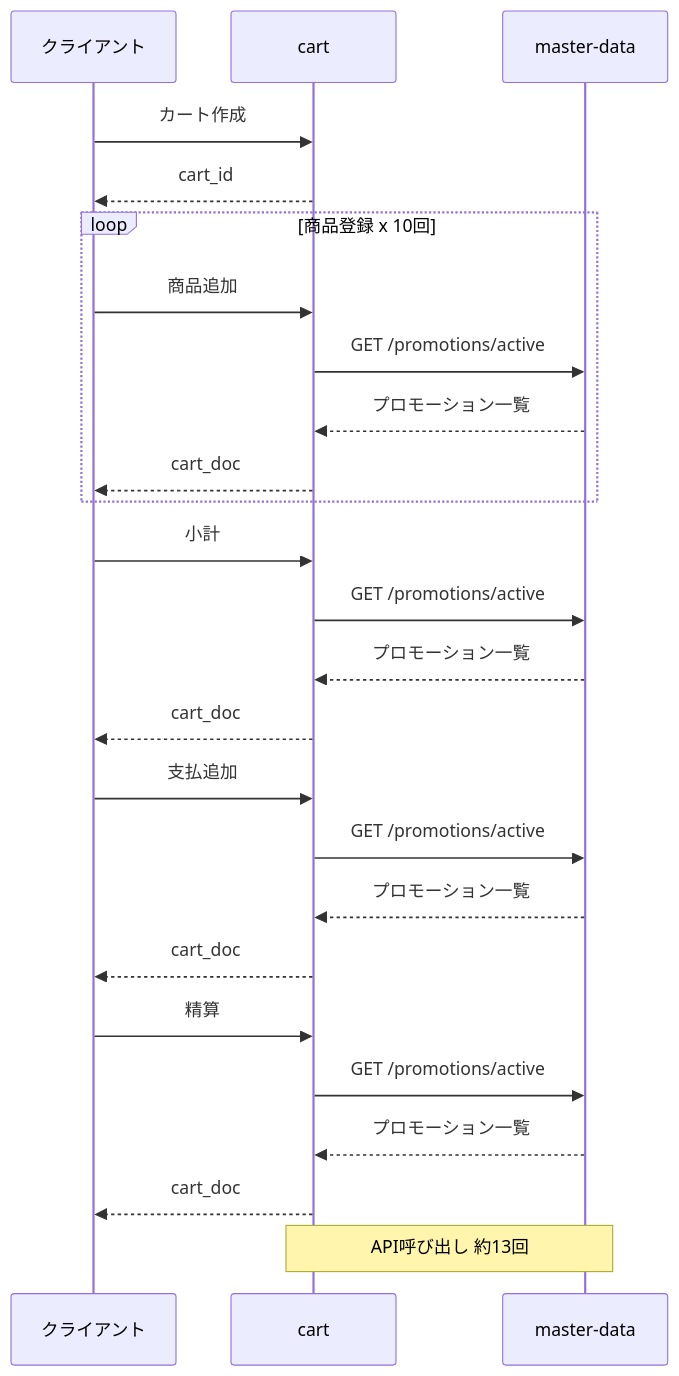
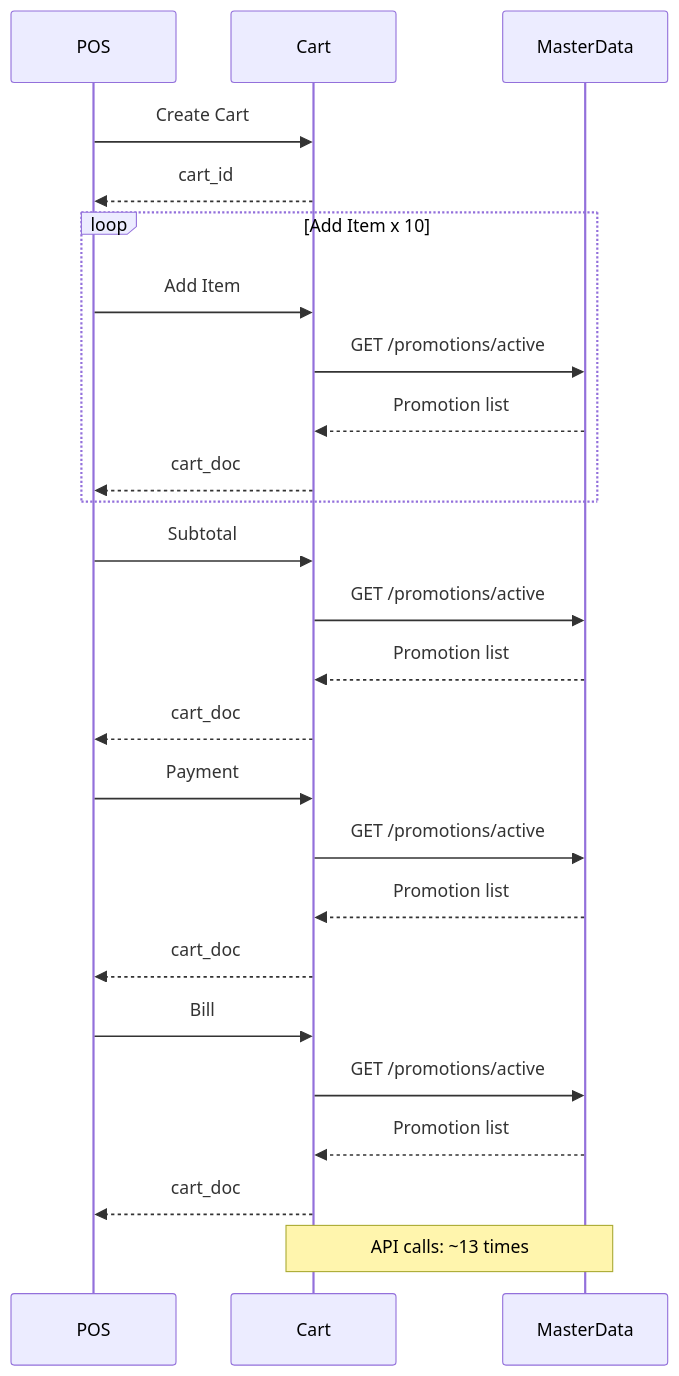
One commit to kugel-masa/kugelpos-backend changed the fifth of 6 diagrams in specs/71-promotion-cache/sequence-comparison.md. Above: the diagram before and after it, drawn with Mermaid. The commit also changed other lines of this file and 1 other file, not shown here.

Commit message:
docs: Add proposal document and translate sequence diagrams to English (#71)

````diff
--- a/specs/71-promotion-cache/sequence-comparison.md
+++ b/specs/71-promotion-cache/sequence-comparison.md
@@ -101,33 +101,33 @@
 ```mermaid
 sequenceDiagram
-    participant Client as クライアント
-    participant Cart as cart
-    participant MD as master-data
+    participant POS
+    participant Cart
+    participant MasterData
 
-    Client->>Cart: カート作成
-    Cart-->>Client: cart_id
+    POS->>Cart: Create Cart
+    Cart-->>POS: cart_id
 
-    loop 商品登録 x 10回
-        Client->>Cart: 商品追加
-        Cart->>MD: GET /promotions/active
-        MD-->>Cart: プロモーション一覧
-        Cart-->>Client: cart_doc
+    loop Add Item x 10
+        POS->>Cart: Add Item
+        Cart->>MasterData: GET /promotions/active
+        MasterData-->>Cart: Promotion list
+        Cart-->>POS: cart_doc
     end
 
-    Client->>Cart: 小計
-    Cart->>MD: GET /promotions/active
-    MD-->>Cart: プロモーション一覧
-    Cart-->>Client: cart_doc
+    POS->>Cart: Subtotal
+    Cart->>MasterData: GET /promotions/active
+    MasterData-->>Cart: Promotion list
+    Cart-->>POS: cart_doc
 
-    Client->>Cart: 支払追加
-    Cart->>MD: GET /promotions/active
-    MD-->>Cart: プロモーション一覧
-    Cart-->>Client: cart_doc
+    POS->>Cart: Payment
+    Cart->>MasterData: GET /promotions/active
+    MasterData-->>Cart: Promotion list
+    Cart-->>POS: cart_doc
 
-    Client->>Cart: 精算
-    Cart->>MD: GET /promotions/active
-    MD-->>Cart: プロモーション一覧
-    Cart-->>Client: cart_doc
+    POS->>Cart: Bill
+    Cart->>MasterData: GET /promotions/active
+    MasterData-->>Cart: Promotion list
+    Cart-->>POS: cart_doc
 
-    Note over Cart,MD: API呼び出し 約13回
+    Note over Cart,MasterData: API calls: ~13 times
 ```
````
